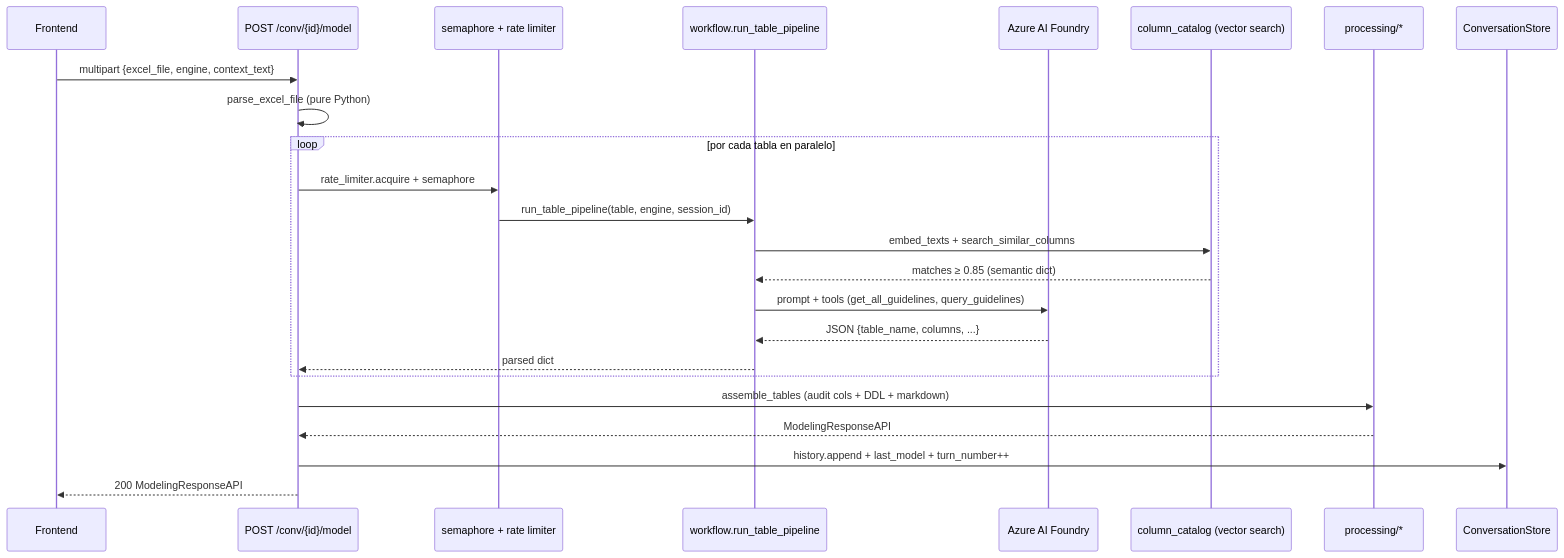
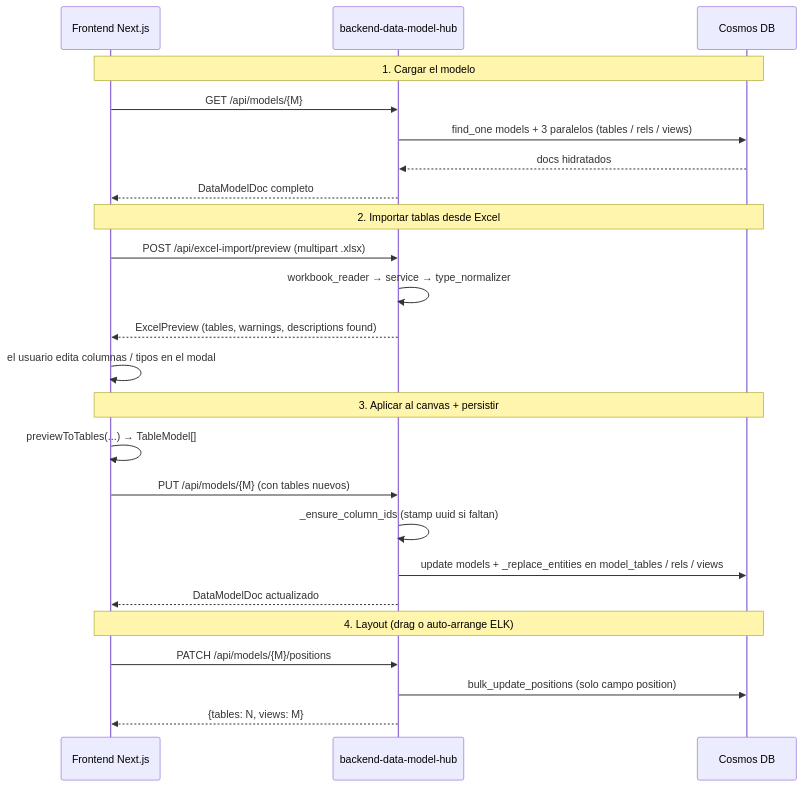
The fifth of 6 diagrams in doc/architecture.md (Carlosmps97/backend-data-model-hub), drawn with Mermaid before and after one commit. The commit also changed other lines of this file and 15 other files, not shown here.

````diff
--- a/doc/architecture.md
+++ b/doc/architecture.md
@@ -270,27 +240,30 @@
 ```mermaid
 sequenceDiagram
-    participant FE as Frontend
-    participant API as POST /conv/{id}/model
-    participant SEM as semaphore + rate limiter
-    participant WF as workflow.run_table_pipeline
-    participant LLM as Azure AI Foundry
-    participant CAT as column_catalog (vector search)
-    participant POST as processing/*
-    participant CONV as ConversationStore
+    participant FE as Frontend Next.js
+    participant API as backend-data-model-hub
+    participant DB as Cosmos DB
 
-    FE->>API: multipart {excel_file, engine, context_text}
-    API->>API: parse_excel_file (pure Python)
-    loop por cada tabla en paralelo
-        API->>SEM: rate_limiter.acquire + semaphore
-        SEM->>WF: run_table_pipeline(table, engine, session_id)
-        WF->>CAT: embed_texts + search_similar_columns
-        CAT-->>WF: matches ≥ 0.85 (semantic dict)
-        WF->>LLM: prompt + tools (get_all_guidelines, query_guidelines)
-        LLM-->>WF: JSON {table_name, columns, ...}
-        WF-->>API: parsed dict
-    end
-    API->>POST: assemble_tables (audit cols + DDL + markdown)
-    POST-->>API: ModelingResponseAPI
-    API->>CONV: history.append + last_model + turn_number++
-    API-->>FE: 200 ModelingResponseAPI
+    Note over FE,DB: 1. Cargar el modelo
+    FE->>API: GET /api/models/{M}
+    API->>DB: find_one models + 3 paralelos (tables / rels / views)
+    DB-->>API: docs hidratados
+    API-->>FE: DataModelDoc completo
+
+    Note over FE,DB: 2. Importar tablas desde Excel
+    FE->>API: POST /api/excel-import/preview (multipart .xlsx)
+    API->>API: workbook_reader → service → type_normalizer
+    API-->>FE: ExcelPreview (tables, warnings, descriptions found)
+    FE->>FE: el usuario edita columnas / tipos en el modal
+
+    Note over FE,DB: 3. Aplicar al canvas + persistir
+    FE->>FE: previewToTables(...)  →  TableModel[]
+    FE->>API: PUT /api/models/{M} (con tables nuevos)
+    API->>API: _ensure_column_ids (stamp uuid si faltan)
+    API->>DB: update models + _replace_entities en model_tables / rels / views
+    API-->>FE: DataModelDoc actualizado
+
+    Note over FE,DB: 4. Layout (drag o auto-arrange ELK)
+    FE->>API: PATCH /api/models/{M}/positions
+    API->>DB: bulk_update_positions (solo campo position)
+    API-->>FE: {tables: N, views: M}
 ```
````
